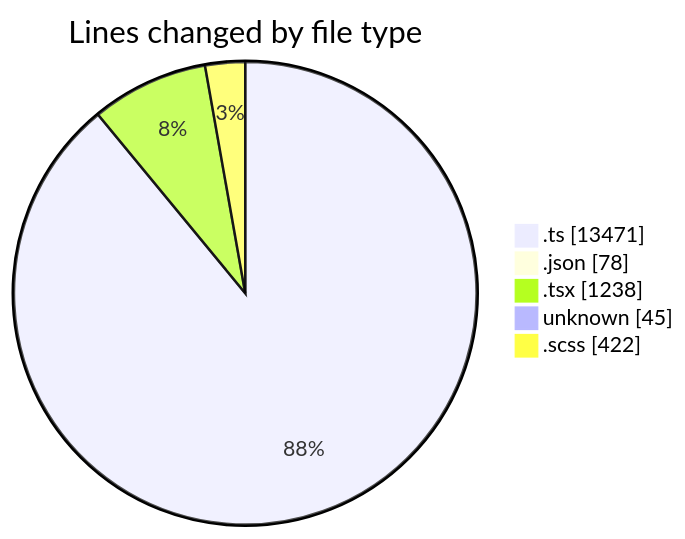
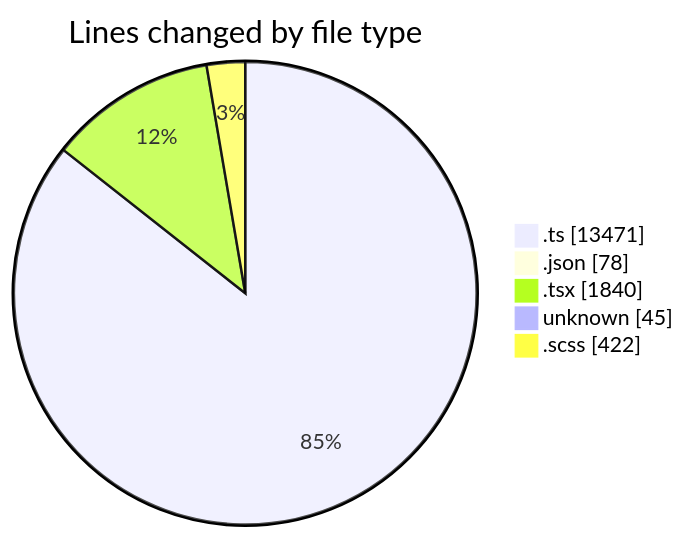
Before and after one commit to momahboobian/code-tracking: the first of 2 diagrams in 2025-08-29/cda/README.md, drawn with Mermaid. The commit also changed other lines of this file and 1 other file, not shown here.

````diff
--- a/2025-08-29/cda/README.md
+++ b/2025-08-29/cda/README.md
@@ -32,9 +33,9 @@
 ```mermaid
 pie showData
 title Lines changed by file type
 ".ts" : 13471
 ".json" : 78
-".tsx" : 1238
+".tsx" : 1840
 "unknown" : 45
 ".scss" : 422
 ```
````
